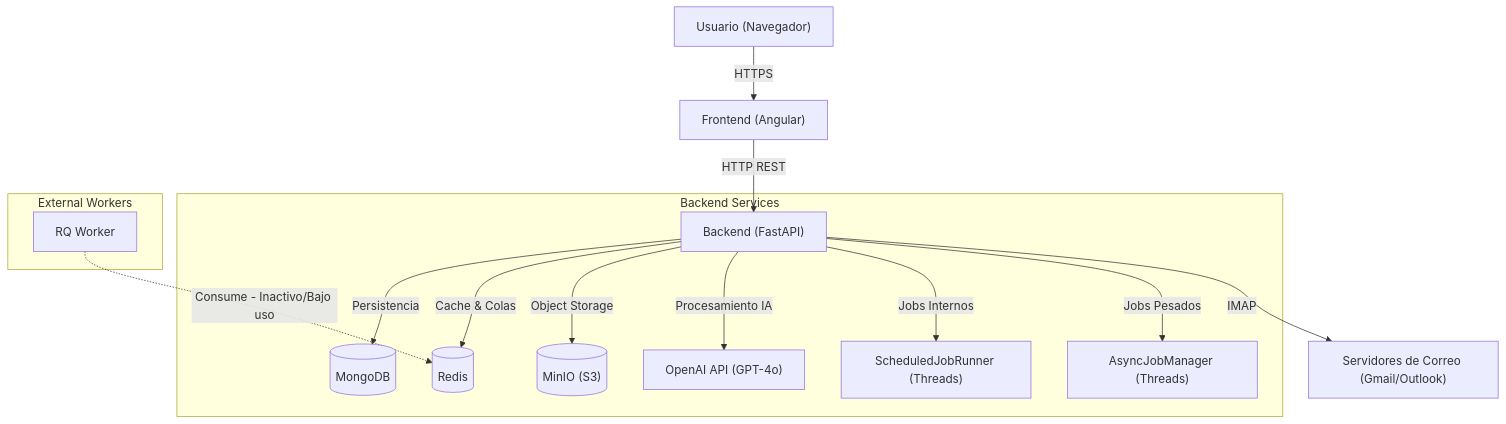
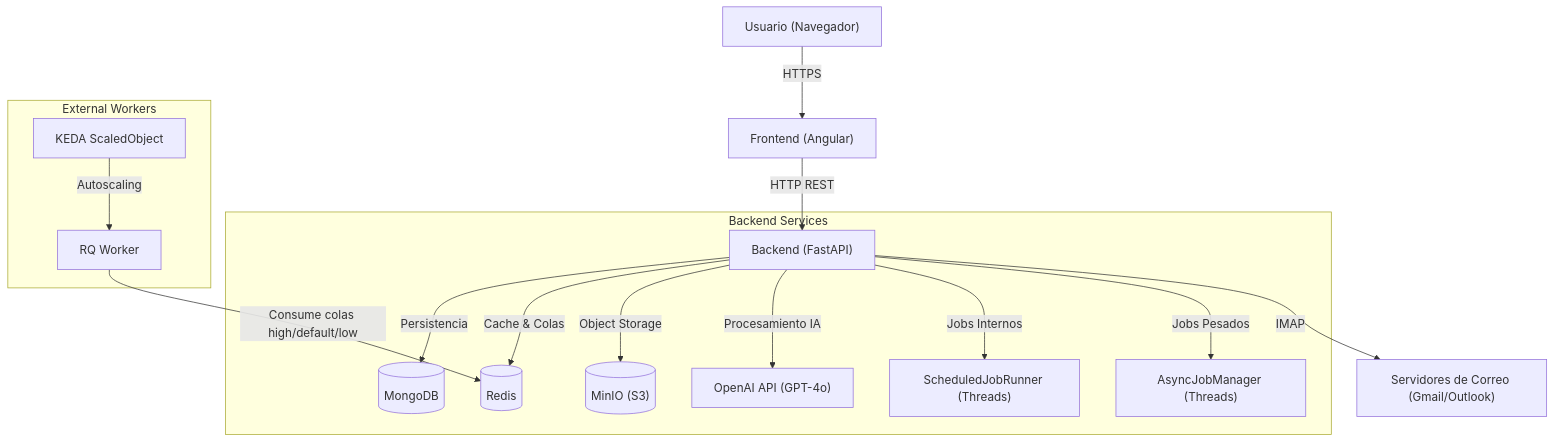
Before and after one commit to poravv/cuenly-app: the first of 5 diagrams in technical_docs.md, drawn with Mermaid. The commit also changed other lines of this file and 2 other files, not shown here.

Commit message:
docs: update architecture and technical docs with current mermaid diagrams

````diff
--- a/technical_docs.md
+++ b/technical_docs.md
@@ -9,21 +9,22 @@
 ```mermaid
 graph TD
     User["Usuario (Navegador)"] -->|HTTPS| Frontend["Frontend (Angular)"]
     Frontend -->|HTTP REST| Backend["Backend (FastAPI)"]
     
     subgraph "Backend Services"
         Backend -->|Persistencia| MongoDB[("MongoDB")]
         Backend -->|Cache & Colas| Redis[("Redis")]
         Backend -->|Object Storage| MinIO[("MinIO (S3)")]
         Backend -->|Procesamiento IA| OpenAI["OpenAI API (GPT-4o)"]
         
         Backend -->|Jobs Internos| SchedulerThread["ScheduledJobRunner (Threads)"]
         Backend -->|Jobs Pesados| AsyncJobWorker["AsyncJobManager (Threads)"]
     end
     
     subgraph "External Workers"
-        Worker["RQ Worker"] -.->|Consume - Inactivo/Bajo uso| Redis
+        Worker["RQ Worker"] -->|Consume colas high/default/low| Redis
+        KEDA["KEDA ScaledObject"] -->|Autoscaling| Worker
     end
     
     Backend -->|IMAP| EmailServers["Servidores de Correo (Gmail/Outlook)"]
 ```
````
